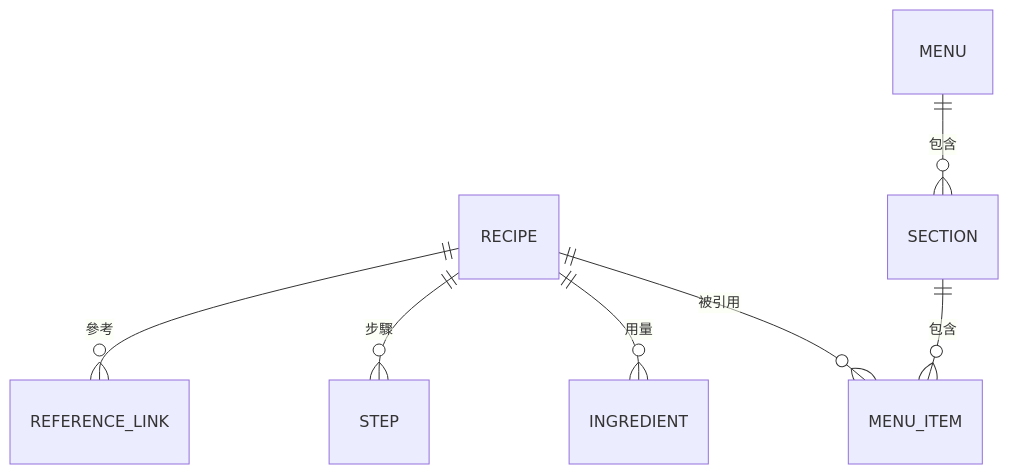
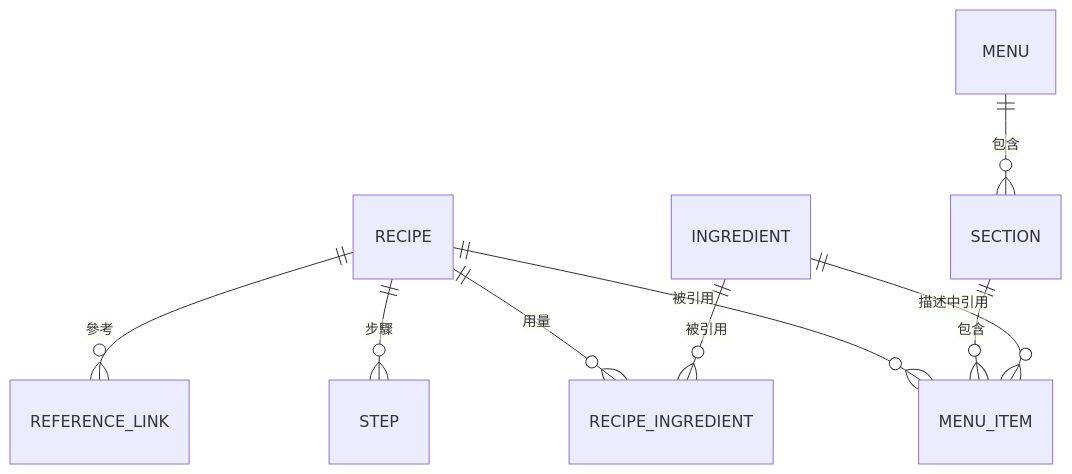
One commit to piercelin11/epifolio changed the second of 2 diagrams in docs/architecture.md. Above: the diagram before and after it, drawn with Mermaid. The commit also changed other lines of this file and 9 other files, not shown here.

First line of the commit message:
docs: record the recipe sheet redesign and ingredient card

````diff
--- a/docs/architecture.md
+++ b/docs/architecture.md
@@ -32,9 +32,11 @@
 ```mermaid
 erDiagram
     RECIPE ||--o{ MENU_ITEM : "被引用"
     MENU ||--o{ SECTION : "包含"
     SECTION ||--o{ MENU_ITEM : "包含"
-    RECIPE ||--o{ INGREDIENT : "用量"
+    RECIPE ||--o{ RECIPE_INGREDIENT : "用量"
+    INGREDIENT ||--o{ RECIPE_INGREDIENT : "被引用"
+    INGREDIENT ||--o{ MENU_ITEM : "描述中引用"
     RECIPE ||--o{ STEP : "步驟"
     RECIPE ||--o{ REFERENCE_LINK : "參考"
 ```
````
